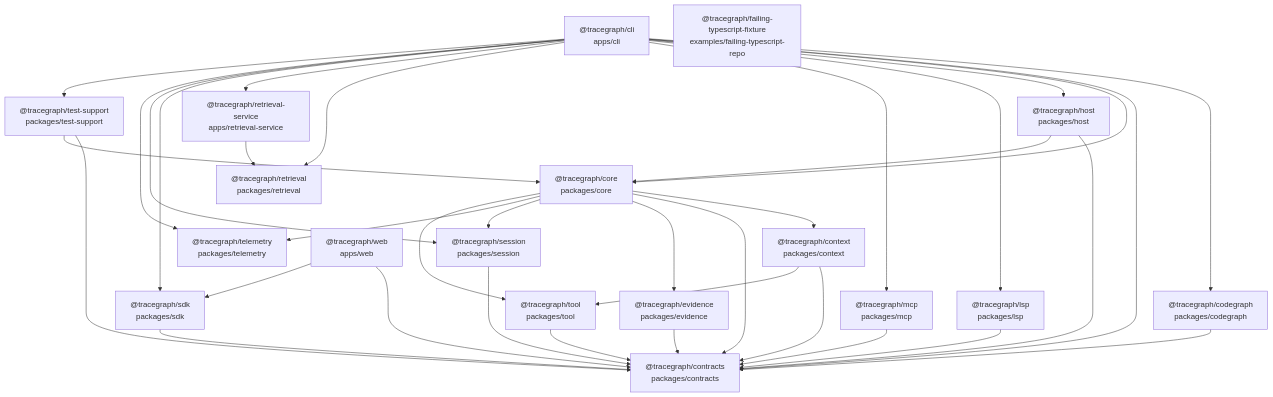
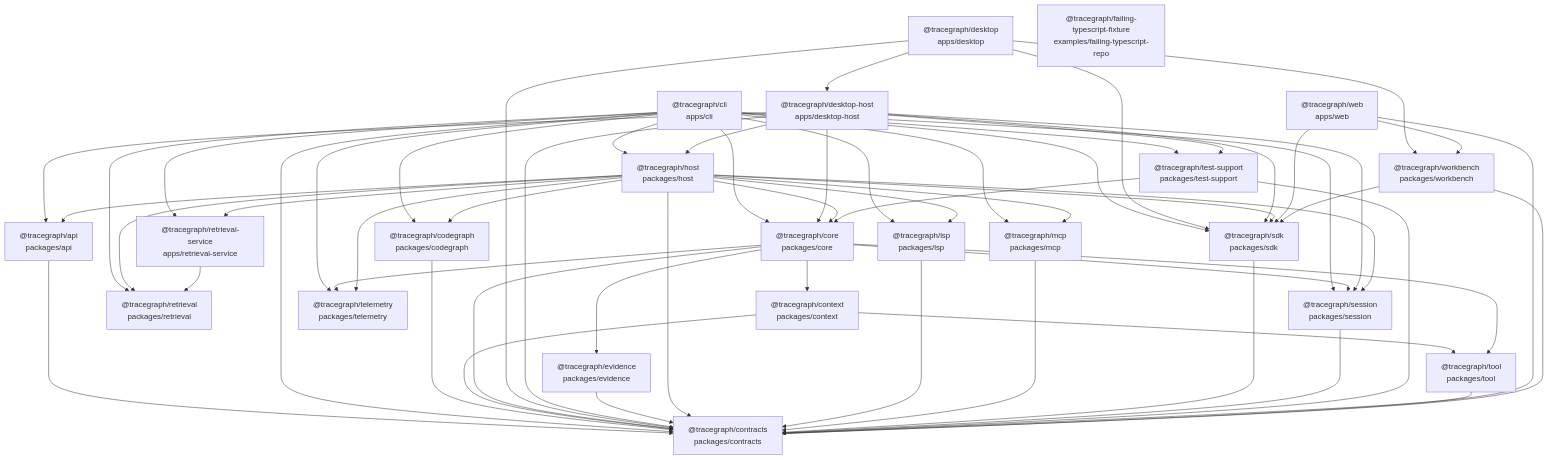
Before and after one commit to Cainheart/tracegraph-agent: the first of 2 diagrams in docs/generated/module-graph.md, drawn with Mermaid. The commit also changed other lines of this file and 2343 other files, not shown here.

First line of the commit message:
feat(workbench): 抽出共享 Workbench UI 并交付 Desktop 宿主与 Host API 分面

````diff
--- a/docs/generated/module-graph.md
+++ b/docs/generated/module-graph.md
@@ -9,10 +9,13 @@
 ```mermaid
 graph TD
+  p__tracegraph_api["@tracegraph/api<br/>packages/api"]
   p__tracegraph_cli["@tracegraph/cli<br/>apps/cli"]
   p__tracegraph_codegraph["@tracegraph/codegraph<br/>packages/codegraph"]
   p__tracegraph_context["@tracegraph/context<br/>packages/context"]
   p__tracegraph_contracts["@tracegraph/contracts<br/>packages/contracts"]
   p__tracegraph_core["@tracegraph/core<br/>packages/core"]
+  p__tracegraph_desktop["@tracegraph/desktop<br/>apps/desktop"]
+  p__tracegraph_desktop_host["@tracegraph/desktop-host<br/>apps/desktop-host"]
   p__tracegraph_evidence["@tracegraph/evidence<br/>packages/evidence"]
   p__tracegraph_failing_typescript_fixture["@tracegraph/failing-typescript-fixture<br/>examples/failing-typescript-repo"]
   p__tracegraph_host["@tracegraph/host<br/>packages/host"]
@@ -26,6 +29,8 @@
   p__tracegraph_test_support["@tracegraph/test-support<br/>packages/test-support"]
   p__tracegraph_tool["@tracegraph/tool<br/>packages/tool"]
   p__tracegraph_web["@tracegraph/web<br/>apps/web"]
+  p__tracegraph_workbench["@tracegraph/workbench<br/>packages/workbench"]
+  p__tracegraph_api --> p__tracegraph_contracts
   p__tracegraph_cli --> p__tracegraph_codegraph
   p__tracegraph_cli --> p__tracegraph_contracts
   p__tracegraph_cli --> p__tracegraph_core
@@ -47,9 +52,29 @@
   p__tracegraph_core --> p__tracegraph_session
   p__tracegraph_core --> p__tracegraph_telemetry
   p__tracegraph_core --> p__tracegraph_tool
+  p__tracegraph_desktop --> p__tracegraph_contracts
+  p__tracegraph_desktop --> p__tracegraph_desktop_host
+  p__tracegraph_desktop --> p__tracegraph_sdk
+  p__tracegraph_desktop --> p__tracegraph_workbench
+  p__tracegraph_desktop_host --> p__tracegraph_api
+  p__tracegraph_desktop_host --> p__tracegraph_contracts
+  p__tracegraph_desktop_host --> p__tracegraph_core
+  p__tracegraph_desktop_host --> p__tracegraph_host
+  p__tracegraph_desktop_host --> p__tracegraph_sdk
+  p__tracegraph_desktop_host --> p__tracegraph_session
+  p__tracegraph_desktop_host --> p__tracegraph_test_support
   p__tracegraph_evidence --> p__tracegraph_contracts
+  p__tracegraph_host --> p__tracegraph_api
+  p__tracegraph_host --> p__tracegraph_codegraph
   p__tracegraph_host --> p__tracegraph_contracts
   p__tracegraph_host --> p__tracegraph_core
+  p__tracegraph_host --> p__tracegraph_lsp
+  p__tracegraph_host --> p__tracegraph_mcp
+  p__tracegraph_host --> p__tracegraph_retrieval
+  p__tracegraph_host --> p__tracegraph_retrieval_service
+  p__tracegraph_host --> p__tracegraph_sdk
+  p__tracegraph_host --> p__tracegraph_session
+  p__tracegraph_host --> p__tracegraph_telemetry
   p__tracegraph_lsp --> p__tracegraph_contracts
   p__tracegraph_mcp --> p__tracegraph_contracts
   p__tracegraph_retrieval_service --> p__tracegraph_retrieval
@@ -60,4 +85,7 @@
   p__tracegraph_tool --> p__tracegraph_contracts
   p__tracegraph_web --> p__tracegraph_contracts
   p__tracegraph_web --> p__tracegraph_sdk
+  p__tracegraph_web --> p__tracegraph_workbench
+  p__tracegraph_workbench --> p__tracegraph_contracts
+  p__tracegraph_workbench --> p__tracegraph_sdk
 ```
````
